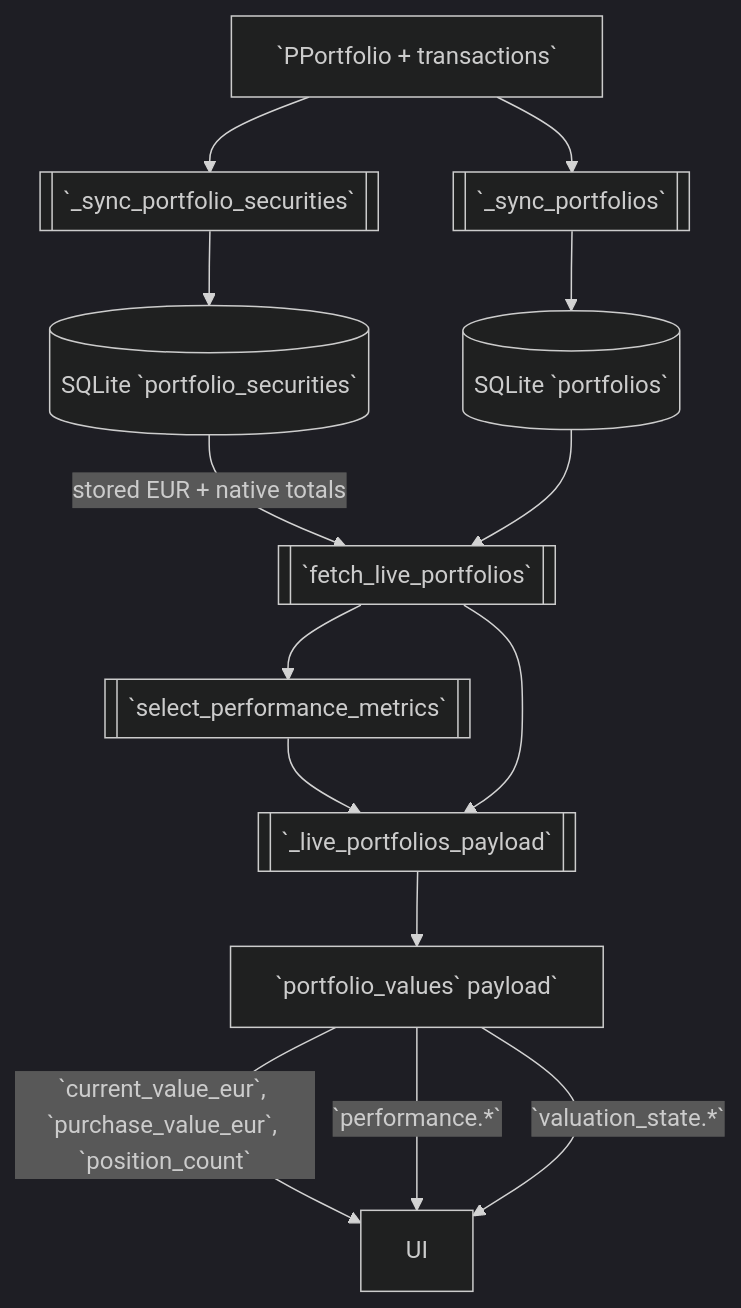
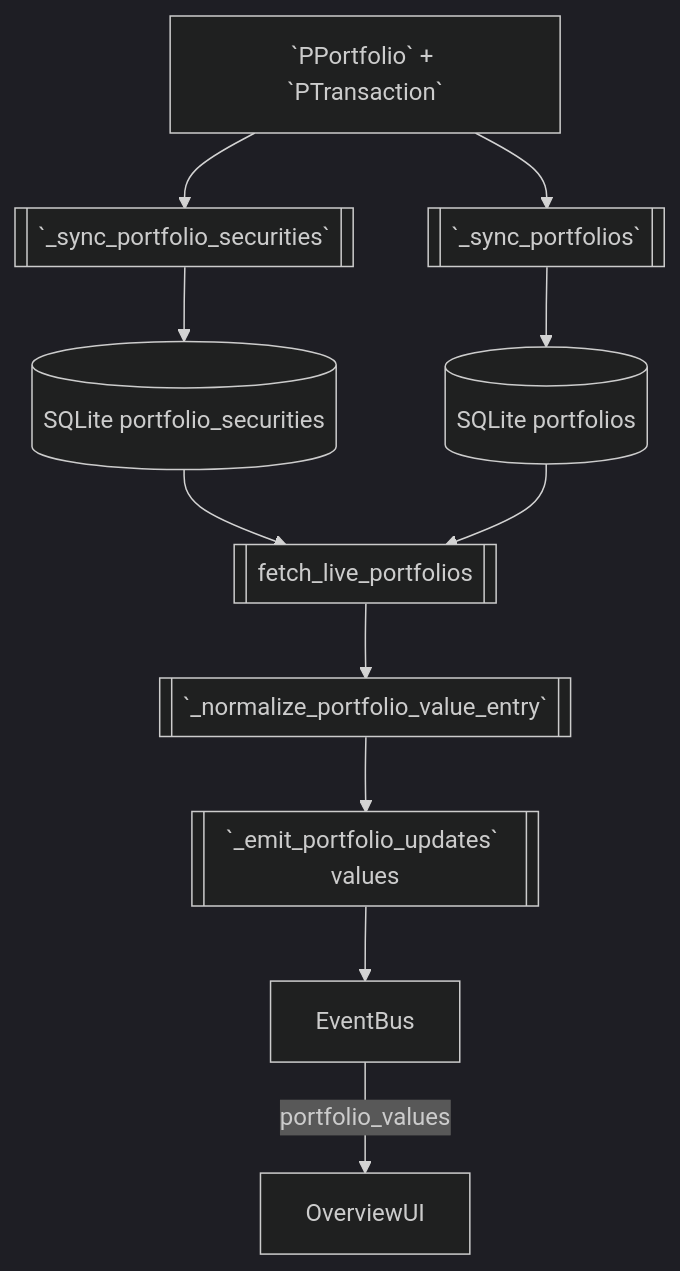
The third of 4 diagrams in datamodel/backend-datamodel-visualizations.md (Freakandi/ha-pp-reader), drawn with Mermaid (dark theme) before and after one commit. The commit also changed other lines of this file and 6 other files, not shown here.

Commit message:
fix mermaid labels for overview docs

````diff
--- a/datamodel/backend-datamodel-visualizations.md
+++ b/datamodel/backend-datamodel-visualizations.md
@@ -101,17 +81,13 @@
 ```mermaid
 flowchart TD
-  Proto[`PPortfolio + transactions`]
-  Proto --> SyncPort[[`_sync_portfolios`]]
-  Proto --> SyncSec[[`_sync_portfolio_securities`]]
-  SyncPort --> PortDB[(SQLite `portfolios`)]
-  SyncSec --> SecDB[(SQLite `portfolio_securities`)]
-  SecDB -->|stored EUR + native totals| Live[[`fetch_live_portfolios`]]
+  Proto[`PPortfolio` + `PTransaction`] --> SyncPort[[`_sync_portfolios`]]
+  Proto --> SyncHoldings[[`_sync_portfolio_securities`]]
+  SyncPort --> PortDB[("SQLite portfolios")]
+  SyncHoldings --> SecDB[("SQLite portfolio_securities")]
+  SecDB --> Live[[fetch_live_portfolios]]
   PortDB --> Live
-  Live --> Perf[[`select_performance_metrics`]]
-  Perf --> Normalize[[`_live_portfolios_payload`]]
-  Live --> Normalize
-  Normalize --> Summary[`portfolio_values` payload`]
-  Summary -->|`current_value_eur`, `purchase_value_eur`, `position_count`| UI
-  Summary -->|`performance.*`| UI
-  Summary -->|`valuation_state.*`| UI
+  Live --> PushNormalizer[[`_normalize_portfolio_value_entry`]]
+  PushNormalizer --> PushEvent[[`_emit_portfolio_updates` values]]
+  PushEvent --> EventBus
+  EventBus -->|portfolio_values| OverviewUI
 ```
````
